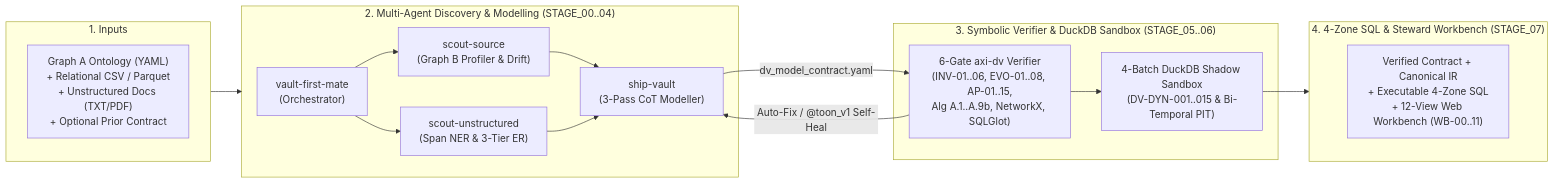
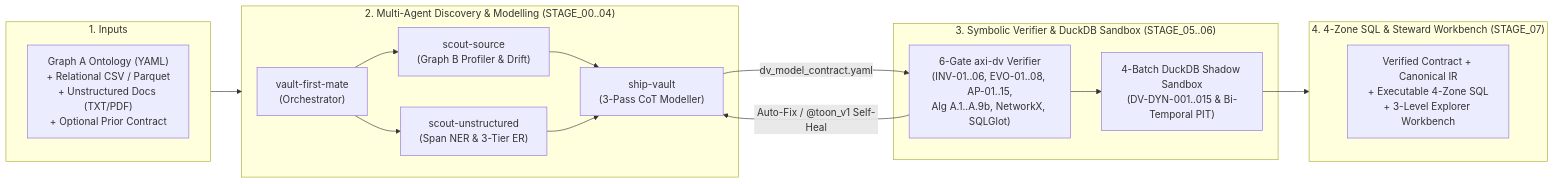
One commit to nogoo9/open-dv changed the first of 2 diagrams in README.md. Above: the diagram before and after it, drawn with Mermaid. The commit also changed other lines of this file and 643 other files, not shown here.

First line of the commit message:
feat(platform): Platform Parity & Architecture Plan v3.9 (P1-P10, #63) (#189)

````diff
--- a/README.md
+++ b/README.md
@@ -51,29 +51,29 @@
 ```mermaid
 flowchart LR
     subgraph Inputs ["1. Inputs"]
         A["Graph A Ontology (YAML)\n+ Relational CSV / Parquet\n+ Unstructured Docs (TXT/PDF)\n+ Optional Prior Contract"]
     end
 
     subgraph Agents ["2. Multi-Agent Discovery & Modelling (STAGE_00..04)"]
         FM["vault-first-mate\n(Orchestrator)"]
         SS["scout-source\n(Graph B Profiler & Drift)"]
         SU["scout-unstructured\n(Span NER & 3-Tier ER)"]
         SV["ship-vault\n(3-Pass CoT Modeller)"]
         FM --> SS & SU --> SV
     end
 
     subgraph Symbolic ["3. Symbolic Verifier & DuckDB Sandbox (STAGE_05..06)"]
         AXI["6-Gate axi-dv Verifier\n(INV-01..06, EVO-01..08, AP-01..15,\nAlg A.1..A.9b, NetworkX, SQLGlot)"]
         SBX["4-Batch DuckDB Shadow Sandbox\n(DV-DYN-001..015 & Bi-Temporal PIT)"]
         AXI --> SBX
     end
 
     subgraph Outputs ["4. 4-Zone SQL & Steward Workbench (STAGE_07)"]
-        OUT["Verified Contract + Canonical IR\n+ Executable 4-Zone SQL\n+ 12-View Web Workbench (WB-00..11)"]
+        OUT["Verified Contract + Canonical IR\n+ Executable 4-Zone SQL\n+ 3-Level Explorer Workbench"]
     end
 
     Inputs --> Agents
     SV -- "dv_model_contract.yaml" --> AXI
     AXI -- "Auto-Fix / @toon_v1 Self-Heal" --> SV
     SBX --> Outputs
 ```
````
